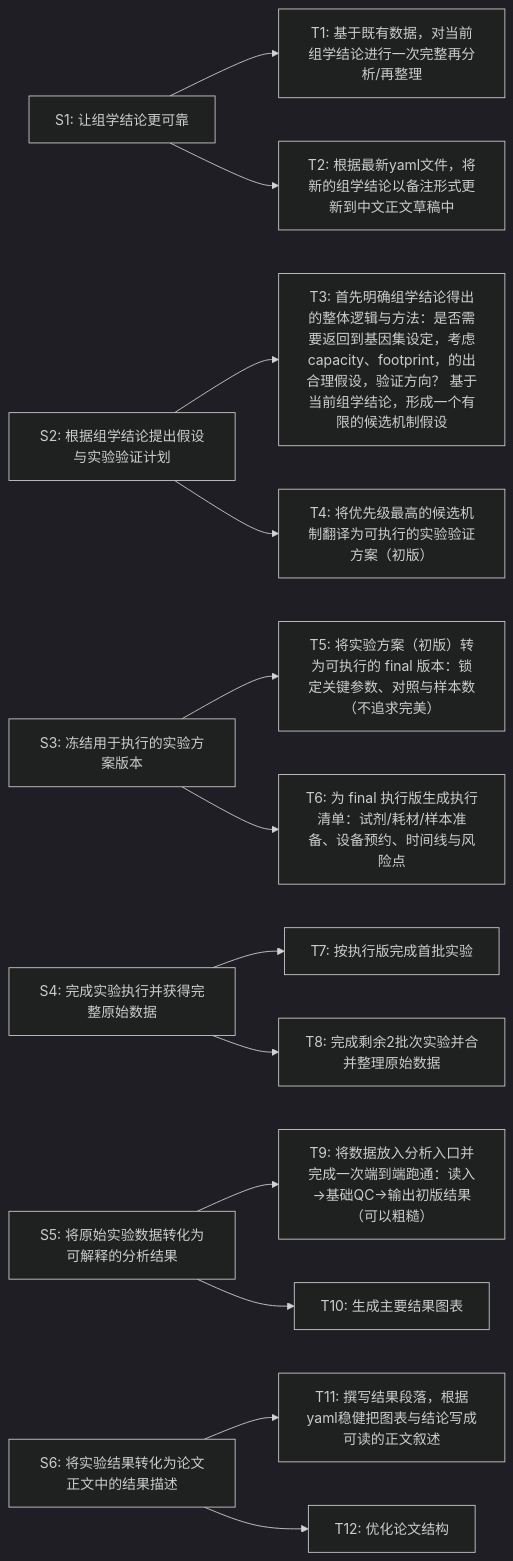
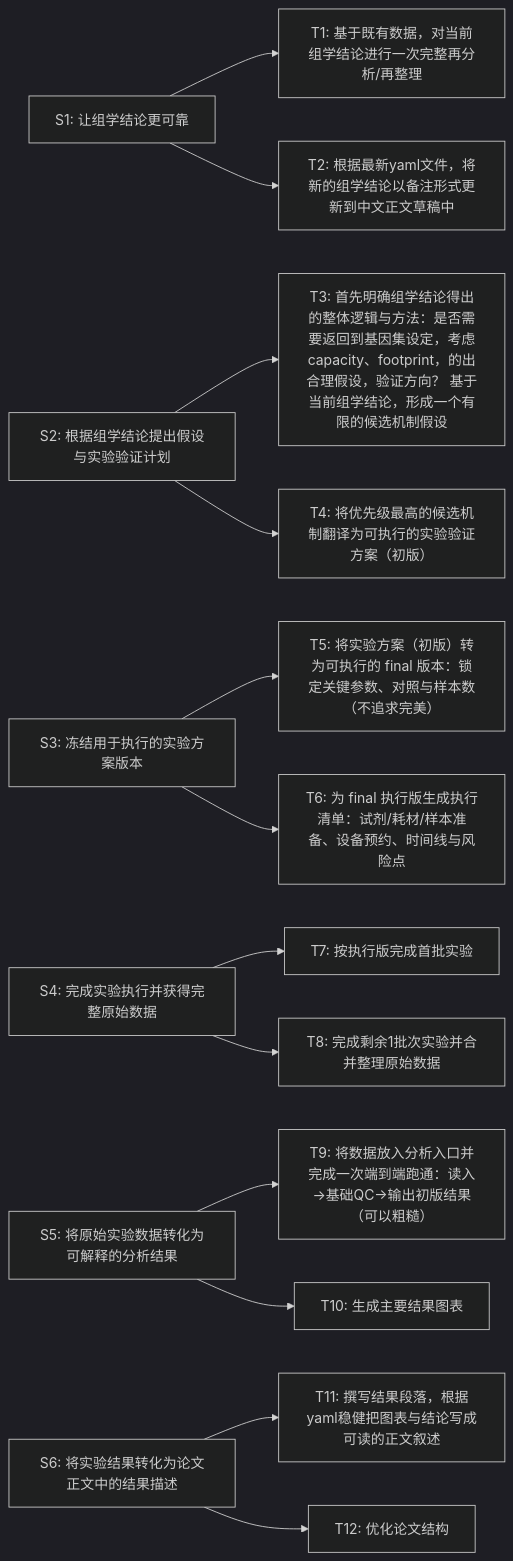
The diagram in outputs/20260114_20260214_组学验证/plan_tasks_swimlane.mmd (gbm19950414-ux/Hypothesis-driven-Task-Management-System), drawn with Mermaid (dark theme) before and after one commit. The commit also changed 33 other files, not shown here.

```diff
--- a/outputs/20260114_20260214_组学验证/plan_tasks_swimlane.mmd
+++ b/outputs/20260114_20260214_组学验证/plan_tasks_swimlane.mmd
@@ -1,31 +1,31 @@
 flowchart LR
   S1["S1: 让组学结论更可靠"]
   S2["S2: 根据组学结论提出假设与实验验证计划"]
   S3["S3: 冻结用于执行的实验方案版本"]
   S4["S4: 完成实验执行并获得完整原始数据"]
   S5["S5: 将原始实验数据转化为可解释的分析结果"]
   S6["S6: 将实验结果转化为论文正文中的结果描述"]
   T1["T1: 基于既有数据，对当前组学结论进行一次完整再分析/再整理"]
   S1 --> T1
   T2["T2: 根据最新yaml文件，将新的组学结论以备注形式更新到中文正文草稿中"]
   S1 --> T2
   T3["T3: 首先明确组学结论得出的整体逻辑与方法：是否需要返回到基因集设定，考虑capacity、footprint，的出合理假设，验证方向？ 基于当前组学结论，形成一个有限的候选机制假设"]
   S2 --> T3
   T4["T4: 将优先级最高的候选机制翻译为可执行的实验验证方案（初版）"]
   S2 --> T4
   T5["T5: 将实验方案（初版）转为可执行的 final 版本：锁定关键参数、对照与样本数（不追求完美）"]
   S3 --> T5
   T6["T6: 为 final 执行版生成执行清单：试剂/耗材/样本准备、设备预约、时间线与风险点"]
   S3 --> T6
   T7["T7: 按执行版完成首批实验"]
   S4 --> T7
-  T8["T8: 完成剩余2批次实验并合并整理原始数据"]
+  T8["T8: 完成剩余1批次实验并合并整理原始数据"]
   S4 --> T8
   T9["T9: 将数据放入分析入口并完成一次端到端跑通：读入→基础QC→输出初版结果（可以粗糙）"]
   S5 --> T9
   T10["T10: 生成主要结果图表"]
   S5 --> T10
   T11["T11: 撰写结果段落，根据yaml稳健把图表与结论写成可读的正文叙述"]
   S6 --> T11
   T12["T12: 优化论文结构"]
   S6 --> T12
```
